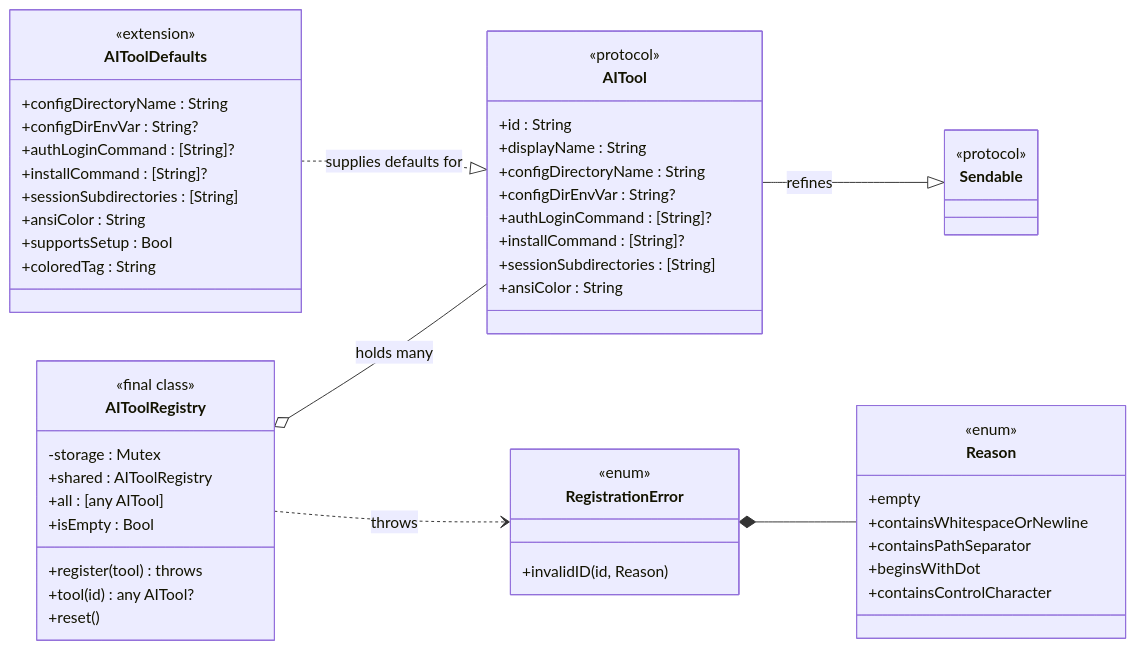
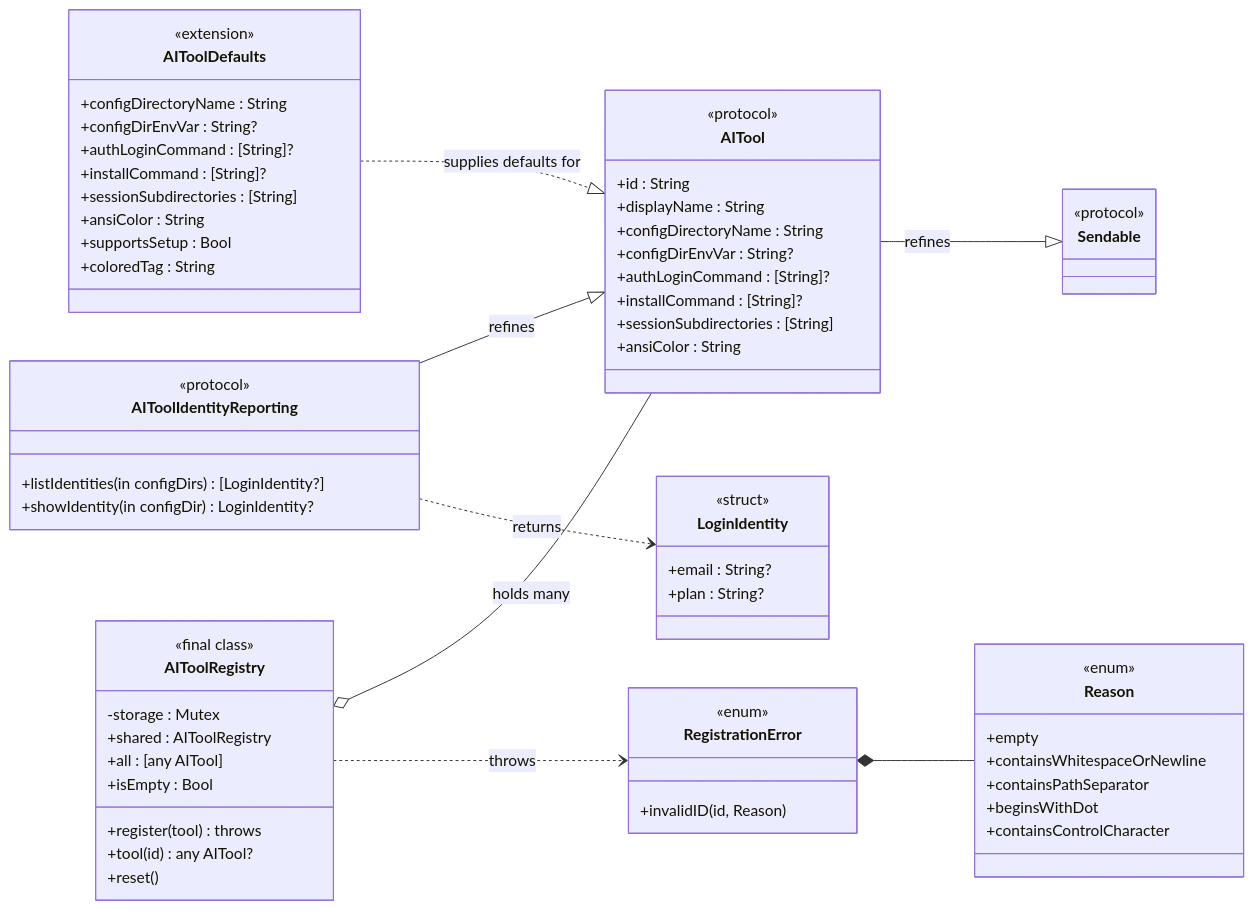
One commit to OffskyLab/Orrery-AIToolKit changed the third of 9 diagrams in README.md. Above: the diagram before and after it, drawn with Mermaid. The commit also changed other lines of this file and 5 other files, not shown here.

````diff
--- a/README.md
+++ b/README.md
@@ -65,63 +65,77 @@
 ```mermaid
 classDiagram
     direction LR
 
     class AITool {
         <<protocol>>
         +id : String
         +displayName : String
         +configDirectoryName : String
         +configDirEnvVar : String?
         +authLoginCommand : [String]?
         +installCommand : [String]?
         +sessionSubdirectories : [String]
         +ansiColor : String
     }
 
     class AIToolDefaults {
         <<extension>>
         +configDirectoryName : String
         +configDirEnvVar : String?
         +authLoginCommand : [String]?
         +installCommand : [String]?
         +sessionSubdirectories : [String]
         +ansiColor : String
         +supportsSetup : Bool
         +coloredTag : String
+    }
+
+    class AIToolIdentityReporting {
+        <<protocol>>
+        +listIdentities(in configDirs) [LoginIdentity?]
+        +showIdentity(in configDir) LoginIdentity?
+    }
+
+    class LoginIdentity {
+        <<struct>>
+        +email : String?
+        +plan : String?
     }
 
     class AIToolRegistry {
         <<final class>>
         -storage : Mutex
         +shared : AIToolRegistry
         +register(tool) throws
         +tool(id) any AITool?
         +all : [any AITool]
         +isEmpty : Bool
         +reset()
     }
 
     class RegistrationError {
         <<enum>>
         +invalidID(id, Reason)
     }
 
     class Reason {
         <<enum>>
         +empty
         +containsWhitespaceOrNewline
         +containsPathSeparator
         +beginsWithDot
         +containsControlCharacter
     }
 
     class Sendable {
         <<protocol>>
     }
 
     AITool --|> Sendable : refines
+    AIToolIdentityReporting --|> AITool : refines
+    AIToolIdentityReporting ..> LoginIdentity : returns
     AIToolDefaults ..|> AITool : supplies defaults for
     AIToolRegistry o-- AITool : holds many
     AIToolRegistry ..> RegistrationError : throws
     RegistrationError *-- Reason
 ```
````
